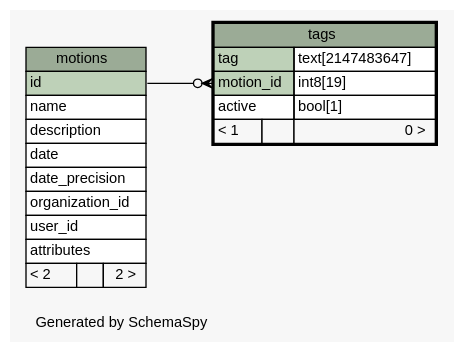
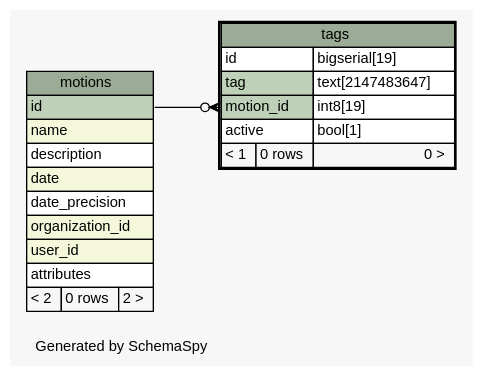
Before and after one commit to michalskop/hlasovali.cz: the diagram in api/schema/diagrams/tags.1degree.dot, drawn with Graphviz. The commit also changed 249 other files, not shown here.

```diff
--- a/api/schema/diagrams/tags.1degree.dot
+++ b/api/schema/diagrams/tags.1degree.dot
@@ -1,52 +1,53 @@
-// dot 2.36.0 on Linux 3.13.0-85-generic
+// dot 2.36.0 on Linux 3.13.0-91-generic
 // SchemaSpy rev 590
 digraph "oneDegreeRelationshipsDiagram" {
   graph [
     rankdir="RL"
     bgcolor="#f7f7f7"
     label="\nGenerated by SchemaSpy"
     labeljust="l"
     nodesep="0.18"
     ranksep="0.46"
     fontname="Helvetica"
     fontsize="11"
   ];
   node [
     fontname="Helvetica"
     fontsize="11"
     shape="plaintext"
   ];
   edge [
     arrowsize="0.8"
   ];
   "tags":"motion_id":w -> "motions":"id":e [arrowhead=none dir=back arrowtail=crowodot];
   "motions" [
     label=<
     <TABLE BORDER="0" CELLBORDER="1" CELLSPACING="0" BGCOLOR="#ffffff">
       <TR><TD COLSPAN="3" BGCOLOR="#9bab96" ALIGN="CENTER">motions</TD></TR>
       <TR><TD PORT="id" COLSPAN="3" BGCOLOR="#bed1b8" ALIGN="LEFT">id</TD></TR>
-      <TR><TD PORT="name" COLSPAN="3" ALIGN="LEFT">name</TD></TR>
+      <TR><TD PORT="name" COLSPAN="3" BGCOLOR="#f4f7da" ALIGN="LEFT">name</TD></TR>
       <TR><TD PORT="description" COLSPAN="3" ALIGN="LEFT">description</TD></TR>
-      <TR><TD PORT="date" COLSPAN="3" ALIGN="LEFT">date</TD></TR>
+      <TR><TD PORT="date" COLSPAN="3" BGCOLOR="#f4f7da" ALIGN="LEFT">date</TD></TR>
       <TR><TD PORT="date_precision" COLSPAN="3" ALIGN="LEFT">date_precision</TD></TR>
-      <TR><TD PORT="organization_id" COLSPAN="3" ALIGN="LEFT">organization_id</TD></TR>
-      <TR><TD PORT="user_id" COLSPAN="3" ALIGN="LEFT">user_id</TD></TR>
+      <TR><TD PORT="organization_id" COLSPAN="3" BGCOLOR="#f4f7da" ALIGN="LEFT">organization_id</TD></TR>
+      <TR><TD PORT="user_id" COLSPAN="3" BGCOLOR="#f4f7da" ALIGN="LEFT">user_id</TD></TR>
       <TR><TD PORT="attributes" COLSPAN="3" ALIGN="LEFT">attributes</TD></TR>
-      <TR><TD ALIGN="LEFT" BGCOLOR="#f7f7f7">&lt; 2</TD><TD ALIGN="RIGHT" BGCOLOR="#f7f7f7">  </TD><TD ALIGN="RIGHT" BGCOLOR="#f7f7f7">2 &gt;</TD></TR>
+      <TR><TD ALIGN="LEFT" BGCOLOR="#f7f7f7">&lt; 2</TD><TD ALIGN="RIGHT" BGCOLOR="#f7f7f7">0 rows</TD><TD ALIGN="RIGHT" BGCOLOR="#f7f7f7">2 &gt;</TD></TR>
     </TABLE>>
     URL="motions.html"
     tooltip="motions"
   ];
   "tags" [
     label=<
     <TABLE BORDER="2" CELLBORDER="1" CELLSPACING="0" BGCOLOR="#ffffff">
       <TR><TD COLSPAN="3" BGCOLOR="#9bab96" ALIGN="CENTER">tags</TD></TR>
+      <TR><TD PORT="id" COLSPAN="2" ALIGN="LEFT">id</TD><TD PORT="id.type" ALIGN="LEFT">bigserial[19]</TD></TR>
       <TR><TD PORT="tag" COLSPAN="2" BGCOLOR="#bed1b8" ALIGN="LEFT">tag</TD><TD PORT="tag.type" ALIGN="LEFT">text[2147483647]</TD></TR>
       <TR><TD PORT="motion_id" COLSPAN="2" BGCOLOR="#bed1b8" ALIGN="LEFT">motion_id</TD><TD PORT="motion_id.type" ALIGN="LEFT">int8[19]</TD></TR>
       <TR><TD PORT="active" COLSPAN="2" ALIGN="LEFT">active</TD><TD PORT="active.type" ALIGN="LEFT">bool[1]</TD></TR>
-      <TR><TD ALIGN="LEFT" BGCOLOR="#f7f7f7">&lt; 1</TD><TD ALIGN="RIGHT" BGCOLOR="#f7f7f7">  </TD><TD ALIGN="RIGHT" BGCOLOR="#f7f7f7">0 &gt;</TD></TR>
+      <TR><TD ALIGN="LEFT" BGCOLOR="#f7f7f7">&lt; 1</TD><TD ALIGN="RIGHT" BGCOLOR="#f7f7f7">0 rows</TD><TD ALIGN="RIGHT" BGCOLOR="#f7f7f7">0 &gt;</TD></TR>
     </TABLE>>
     URL="tags.html"
     tooltip="tags"
   ];
 }
```
